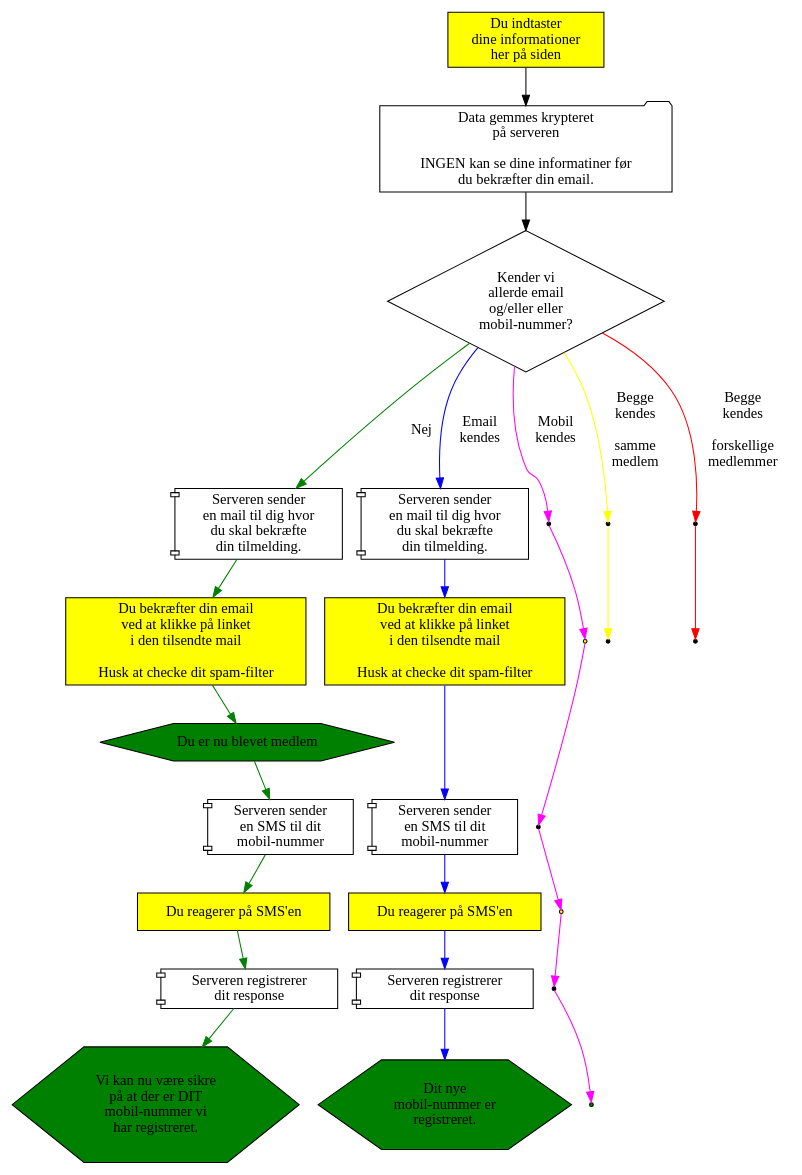
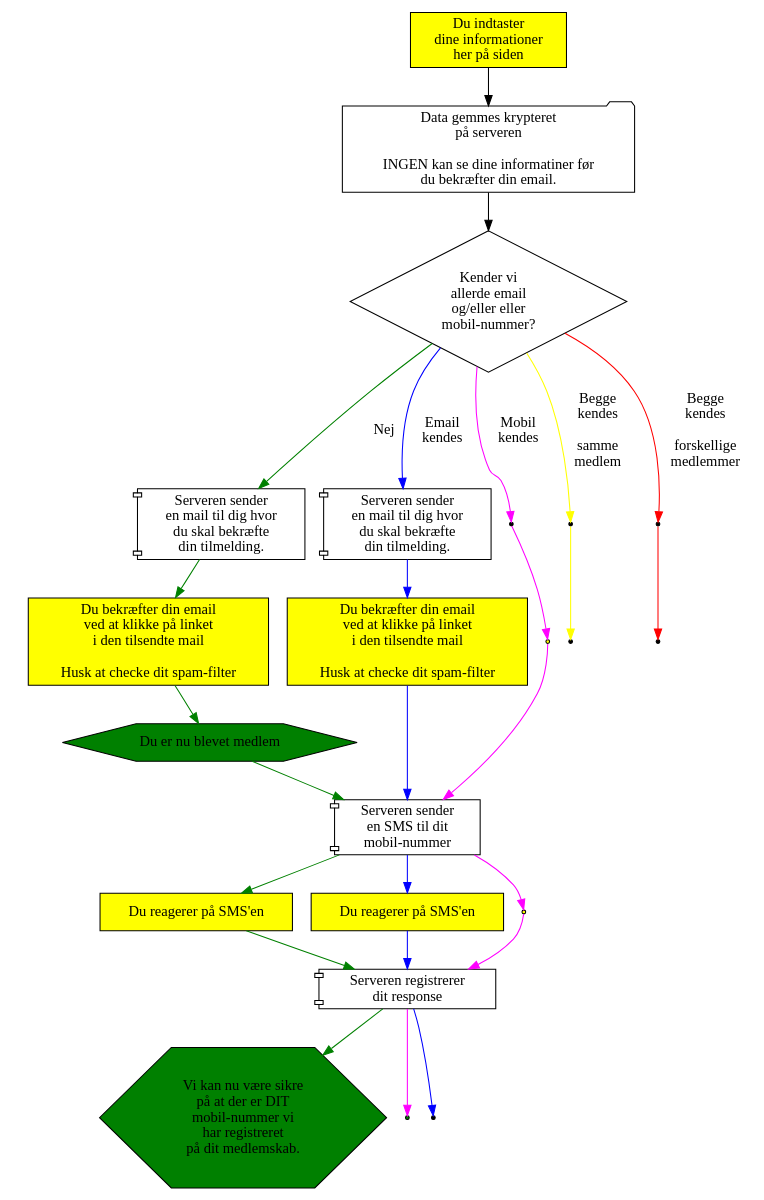
The diagram in medlemskab/indmeldelse.dot (alslug/alslug.dk), drawn with Graphviz before and after one commit.

```diff
--- a/medlemskab/indmeldelse.dot
+++ b/medlemskab/indmeldelse.dot
@@ -1,88 +1,75 @@
 digraph indmeldelse {
   { # Dine handlinger
     node [ shape=box style=filled fillcolor=yellow ];
     indtast                [label="Du indtaster\ndine informationer\nher på siden"];
     subgraph cluster_server_sender_email {
       style=invis;
       node                 [label="Du bekræfter din email\nved at klikke på linket\ni den tilsendte mail\n\nHusk at checke dit spam-filter"];
       confirm_email_nyt_medlem;
       confirm_email_email_known;
       confirm_email_mobil_known [shape=point];
     }
     subgraph cluster_server_sender_sms {
       style=invis;
       node                 [label="Du reagerer på SMS'en"];
       confirm_sms_nyt_medlem;
       confirm_sms_email_known;
       confirm_sms_mobil_known [shape=point];
     }
   }
   send_tilmelding        [shape=folder label="Data gemmes krypteret \n på serveren \n \n INGEN kan se dine informatiner før \n du bekræfter din email."];
   { # Server-aktiviteter
     node [shape=component];
     subgraph cluster_server_sender_email {
       style=invis;
       node                 [label="Serveren sender \n en mail til dig hvor \n du skal bekræfte \n din tilmelding."];
       server_sender_emai_nyt_medlem;
       server_sender_email_email_known;
       server_sender_email_mobil_known [shape=point];
     }
-    subgraph cluster_server_sender_sms {
-      style=invis;
-      node                 [label="Serveren sender \n en SMS til dit \n mobil-nummer"];
-      server_sender_sms_nyt_medlem;
-      server_sender_sms_email_known;
-      server_sender_sms_mobil_known [shape=point];
-    }
-    subgraph cluster_sms_confirmed {
-      style=invis;
-      node                 [label="Serveren registrerer \n dit response"];
-      sms_confirmed_nyt_medlem;
-      sms_confirmed_email_known;
-      sms_confirmed_mobil_known [shape=point];
-    }
+    server_sender_sms [label="Serveren sender \n en SMS til dit \n mobil-nummer"];
+    sms_confirmed     [label="Serveren registrerer \n dit response"];
   }
   { # Results
     node [shape=hexagon   style=filled fillcolor=green ];
     du_biver_medlem        [label="Du er nu blevet medlem"];
-    mobile_ok              [label="Vi kan nu være sikre \n på at der er DIT \n mobil-nummer vi \n har registreret."]; 
+    mobile_ok              [label="Vi kan nu være sikre \n på at der er DIT \n mobil-nummer vi \n har registreret \n på dit medlemskab."]; 
     email_added            [label="Den nye \n ekstra email er \n registreret." shape=point];
-    mobil_added            [label="Dit nye \n mobil-nummer er \n registreret."]; 
   }
   { # Valg
     node [shape=diamond];
     findes_allerede        [label="Kender vi \n allerde email \n og/eller eller \n mobil-nummer?"];
   }
 
   node [shape=point];
 
   indtast -> send_tilmelding -> findes_allerede;
   {
     edge [color=green];
                                 findes_allerede -> server_sender_emai_nyt_medlem   [label="Nej"];
                                                    server_sender_emai_nyt_medlem   -> confirm_email_nyt_medlem  -> du_biver_medlem ->
-                                                   server_sender_sms_nyt_medlem    -> confirm_sms_nyt_medlem    -> sms_confirmed_nyt_medlem  -> mobile_ok;
+                                                   server_sender_sms    -> confirm_sms_nyt_medlem    -> sms_confirmed  -> mobile_ok;
   }
   {
     edge [color=blue];
                                 findes_allerede -> server_sender_email_email_known [label="Email \n kendes"];
                                                    server_sender_email_email_known -> confirm_email_email_known ->
-                                                   server_sender_sms_email_known   -> confirm_sms_email_known   -> sms_confirmed_email_known -> mobil_added;
+                                                   server_sender_sms   -> confirm_sms_email_known   -> sms_confirmed -> mobil_ok;
   }
   {
     edge [color=magenta];
                                 findes_allerede -> server_sender_email_mobil_known [label="Mobil \n kendes"];
                                                    server_sender_email_mobil_known -> confirm_email_mobil_known ->
-                                                   server_sender_sms_mobil_known   -> confirm_sms_mobil_known   -> sms_confirmed_mobil_known -> email_added;
+                                                   server_sender_sms   -> confirm_sms_mobil_known   -> sms_confirmed -> email_added;
   }
   {
     edge [color=yellow];
                                 findes_allerede-> samme_member                     [label="Begge \n kendes \n\n samme \n medlem"];
                                                   samme_member                     -> already_member_email;
   }
   {
     edge [color=red];
                                 findes_allerede-> different_members                [label="Begge \n kendes \n\n forskellige \n medlemmer"];
                                                   different_members                -> diffierent_members_email;
   }
 }
```
